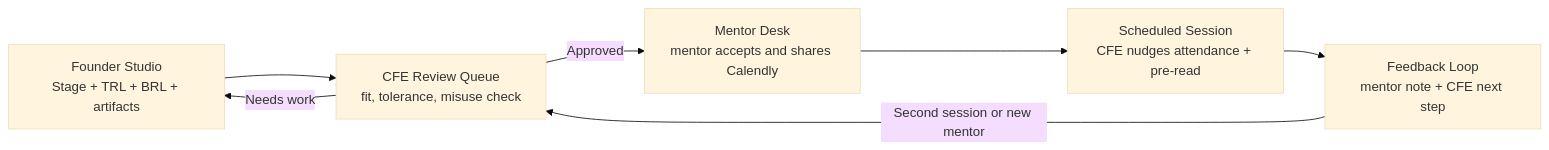
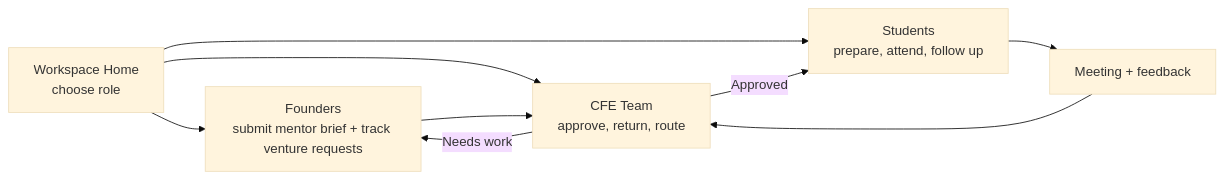
One commit to Pulsator01/MentorMe changed the diagram in docs/frontend-system.md. Above: the diagram before and after it, drawn with Mermaid (base theme). The commit also changed other lines of this file and 37 other files, not shown here.

````diff
--- a/docs/frontend-system.md
+++ b/docs/frontend-system.md
@@ -5,9 +5,11 @@
 ```mermaid
 flowchart LR
-    A["Founder Studio<br/>Stage + TRL + BRL + artifacts"] --> B["CFE Review Queue<br/>fit, tolerance, misuse check"]
-    B -->|Approved| C["Mentor Desk<br/>mentor accepts and shares Calendly"]
-    B -->|Needs work| A
-    C --> D["Scheduled Session<br/>CFE nudges attendance + pre-read"]
-    D --> E["Feedback Loop<br/>mentor note + CFE next step"]
-    E -->|Second session or new mentor| B
+    A["Workspace Home<br/>choose role"] --> B["Founders<br/>submit mentor brief + track venture requests"]
+    A --> C["Students<br/>prepare, attend, follow up"]
+    A --> D["CFE Team<br/>approve, return, route"]
+    B --> D
+    D -->|Approved| C
+    D -->|Needs work| B
+    C --> E["Meeting + feedback"]
+    E --> D
 ```
````
